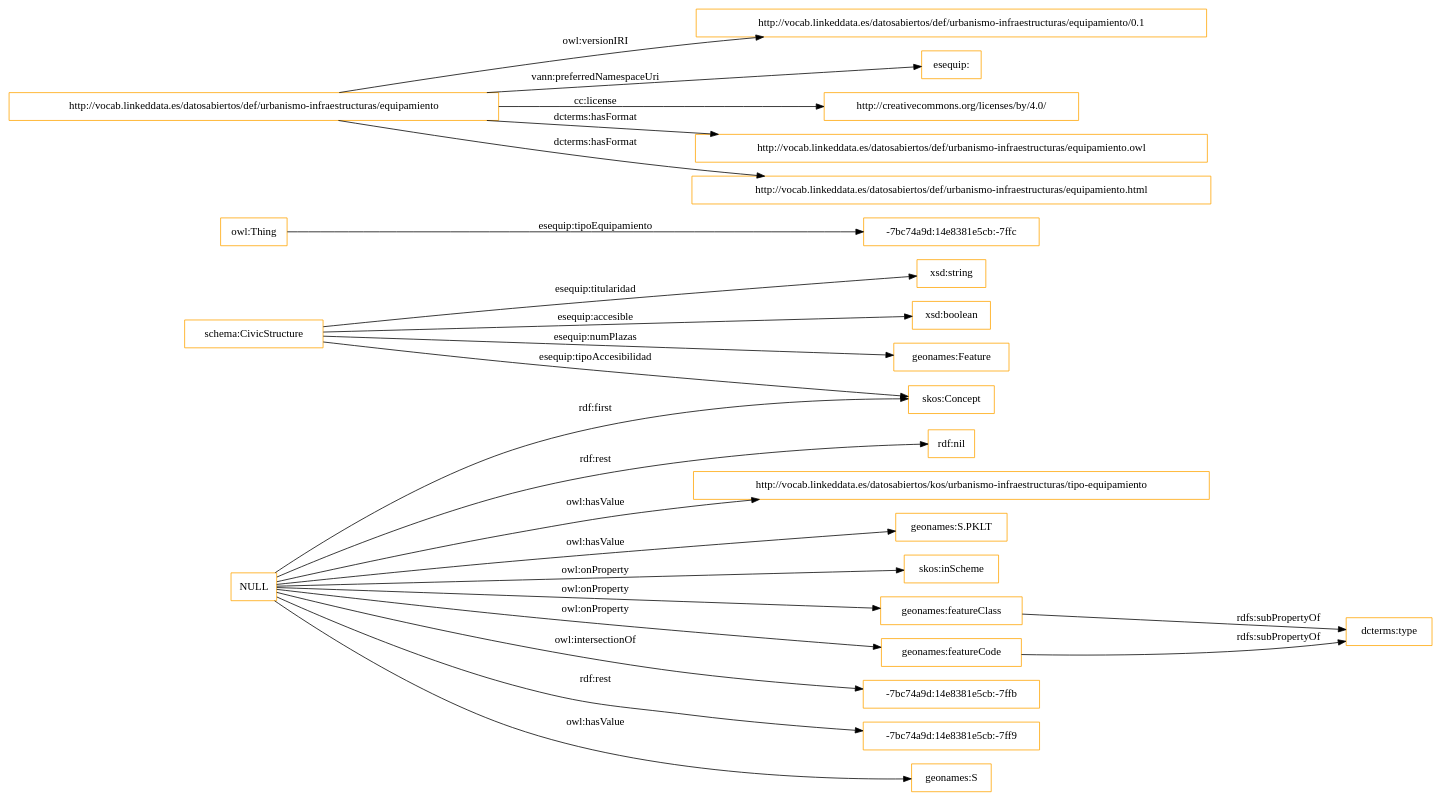
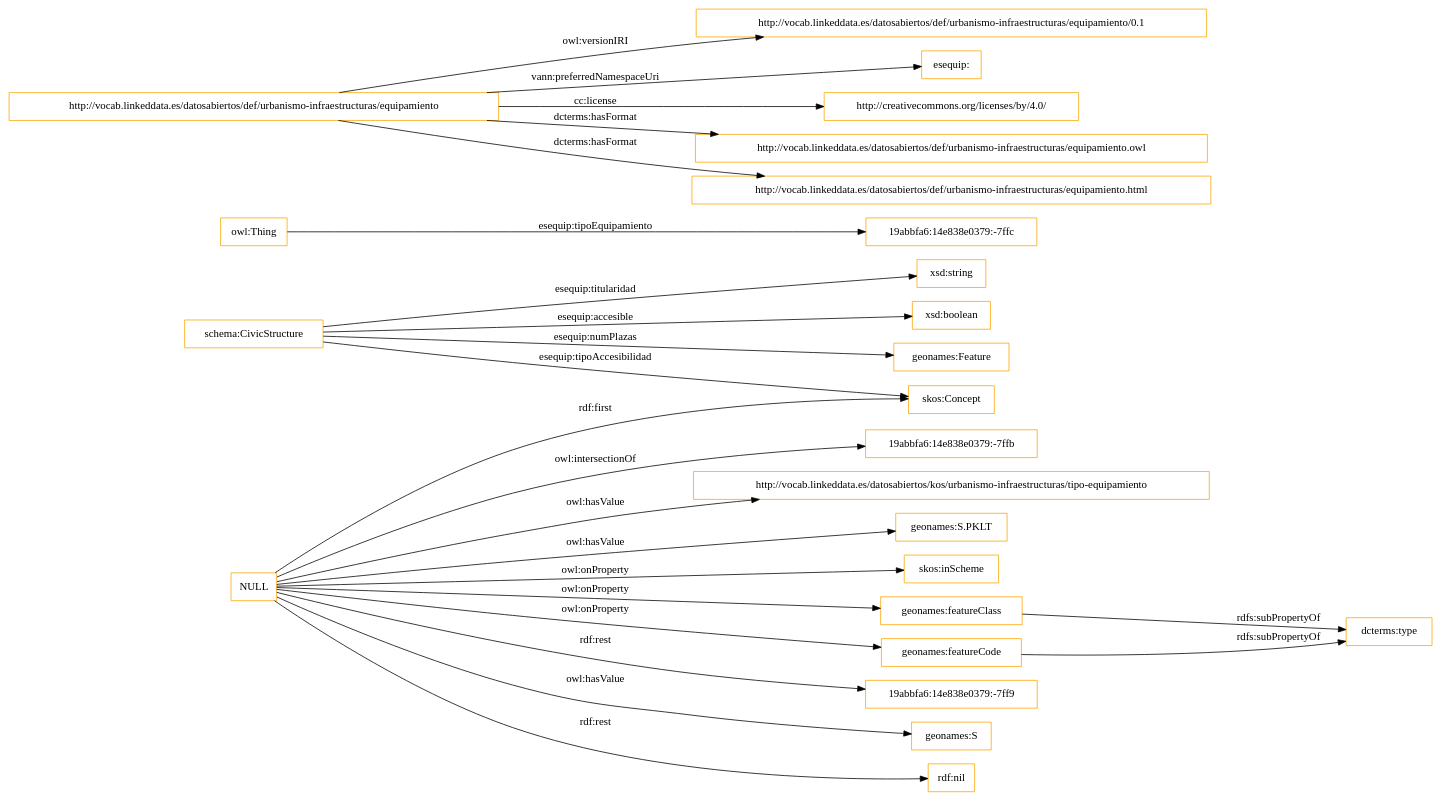
The diagram in OnToology/urbanismo-infraestructuras/equipamiento.owl/diagrams/ar2dtool-class/equipamiento.owl.png.dot (opencitydata/vocabularios-datos-abiertos), drawn with Graphviz before and after one commit. The commit also changed 25 other files, not shown here.

```diff
--- a/OnToology/urbanismo-infraestructuras/equipamiento.owl/diagrams/ar2dtool-class/equipamiento.owl.png.dot
+++ b/OnToology/urbanismo-infraestructuras/equipamiento.owl/diagrams/ar2dtool-class/equipamiento.owl.png.dot
@@ -1,28 +1,28 @@
 digraph ar2dtool_diagram { 
 rankdir=LR;
 size="1501"
-node [shape = rectangle, color="orange"]; "skos:Concept" "schema:CivicStructure" "geonames:Feature" "-7bc74a9d:14e8381e5cb:-7ffc" ; /*classes style*/
+node [shape = rectangle, color="orange"]; "skos:Concept" "schema:CivicStructure" "geonames:Feature" "19abbfa6:14e838e0379:-7ffc" ; /*classes style*/
 	"geonames:featureClass" -> "dcterms:type" [ label = "rdfs:subPropertyOf" ];
 	"http://vocab.linkeddata.es/datosabiertos/def/urbanismo-infraestructuras/equipamiento" -> "http://vocab.linkeddata.es/datosabiertos/def/urbanismo-infraestructuras/equipamiento/0.1" [ label = "owl:versionIRI" ];
 	"http://vocab.linkeddata.es/datosabiertos/def/urbanismo-infraestructuras/equipamiento" -> "esequip:" [ label = "vann:preferredNamespaceUri" ];
 	"http://vocab.linkeddata.es/datosabiertos/def/urbanismo-infraestructuras/equipamiento" -> "http://creativecommons.org/licenses/by/4.0/" [ label = "cc:license" ];
 	"http://vocab.linkeddata.es/datosabiertos/def/urbanismo-infraestructuras/equipamiento" -> "http://vocab.linkeddata.es/datosabiertos/def/urbanismo-infraestructuras/equipamiento.owl" [ label = "dcterms:hasFormat" ];
 	"http://vocab.linkeddata.es/datosabiertos/def/urbanismo-infraestructuras/equipamiento" -> "http://vocab.linkeddata.es/datosabiertos/def/urbanismo-infraestructuras/equipamiento.html" [ label = "dcterms:hasFormat" ];
 	"NULL" -> "geonames:featureCode" [ label = "owl:onProperty" ];
-	"NULL" -> "-7bc74a9d:14e8381e5cb:-7ffb" [ label = "owl:intersectionOf" ];
-	"NULL" -> "-7bc74a9d:14e8381e5cb:-7ff9" [ label = "rdf:rest" ];
+	"NULL" -> "19abbfa6:14e838e0379:-7ff9" [ label = "rdf:rest" ];
 	"NULL" -> "skos:Concept" [ label = "rdf:first" ];
 	"NULL" -> "geonames:S" [ label = "owl:hasValue" ];
 	"NULL" -> "rdf:nil" [ label = "rdf:rest" ];
+	"NULL" -> "19abbfa6:14e838e0379:-7ffb" [ label = "owl:intersectionOf" ];
 	"NULL" -> "http://vocab.linkeddata.es/datosabiertos/kos/urbanismo-infraestructuras/tipo-equipamiento" [ label = "owl:hasValue" ];
 	"NULL" -> "geonames:featureClass" [ label = "owl:onProperty" ];
 	"NULL" -> "geonames:S.PKLT" [ label = "owl:hasValue" ];
 	"NULL" -> "skos:inScheme" [ label = "owl:onProperty" ];
 	"geonames:featureCode" -> "dcterms:type" [ label = "rdfs:subPropertyOf" ];
 	"schema:CivicStructure" -> "geonames:Feature" [ label = "esequip:numPlazas" ];
 	"schema:CivicStructure" -> "skos:Concept" [ label = "esequip:tipoAccesibilidad" ];
 	"schema:CivicStructure" -> "xsd:string" [ label = "esequip:titularidad" ];
 	"schema:CivicStructure" -> "xsd:boolean" [ label = "esequip:accesible" ];
-	"owl:Thing" -> "-7bc74a9d:14e8381e5cb:-7ffc" [ label = "esequip:tipoEquipamiento" ];
+	"owl:Thing" -> "19abbfa6:14e838e0379:-7ffc" [ label = "esequip:tipoEquipamiento" ];
 
 }
```
